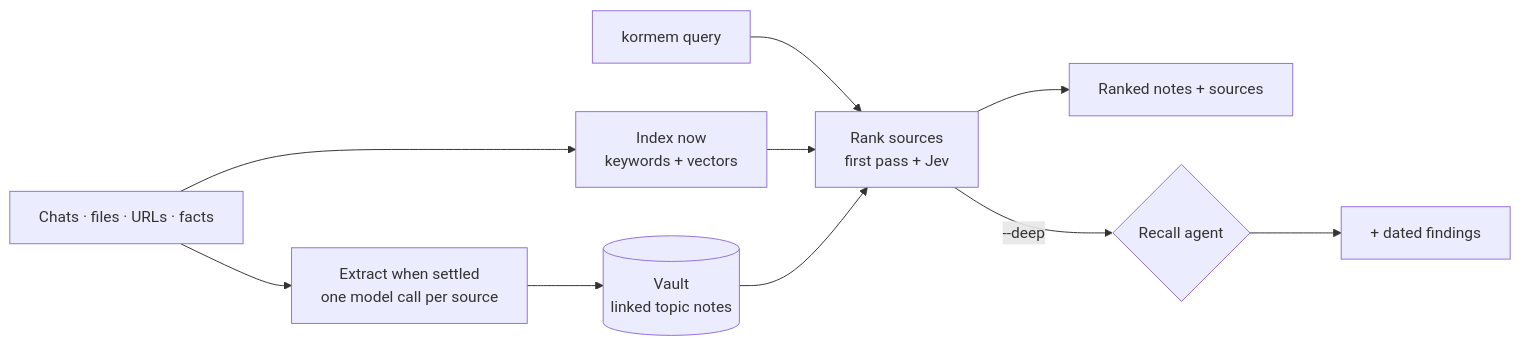
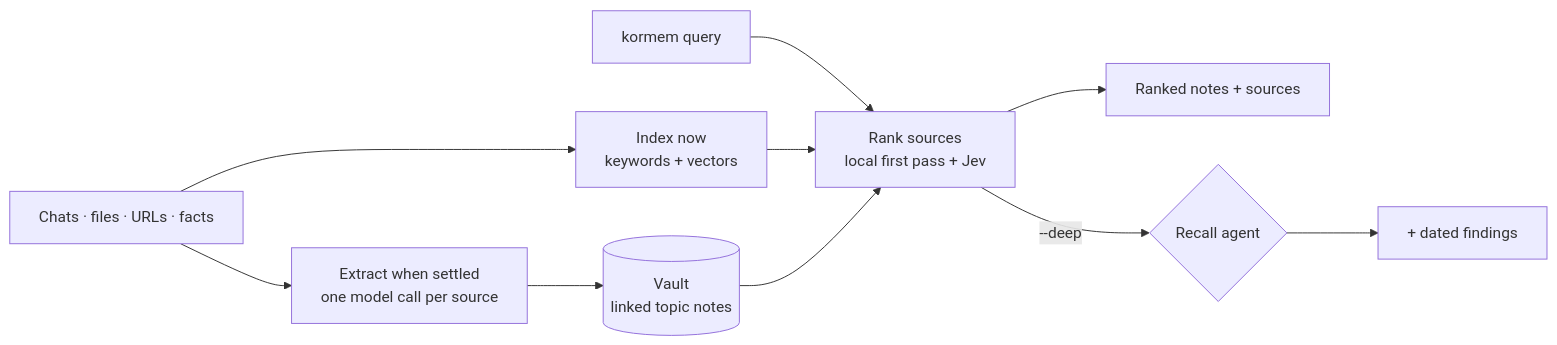
One commit to kushalsinha/kormem changed the first of 5 diagrams in README.md. Above: the diagram before and after it, drawn with Mermaid. The commit also changed other lines of this file and 4 other files, not shown here.

Commit message:
README: agent install prompt and Jev in the architecture; skill installs with npx skills

````diff
--- a/README.md
+++ b/README.md
@@ -13,12 +23,12 @@
 ```mermaid
 flowchart LR
   IN["Chats · files · URLs · facts"] --> IDX["Index now<br/>keywords + vectors"]
   IN --> X["Extract when settled<br/>one model call per source"]
   X --> V[("Vault<br/>linked topic notes")]
-  Q["kormem query"] --> R["Rank sources<br/>first pass + Jev"]
+  Q["kormem query"] --> R["Rank sources<br/>local first pass + Jev"]
   IDX --> R
   V --> R
   R --> OUT["Ranked notes + sources"]
   R -->|--deep| A{"Recall agent"}
   A --> OUT2["+ dated findings"]
 ```
````
